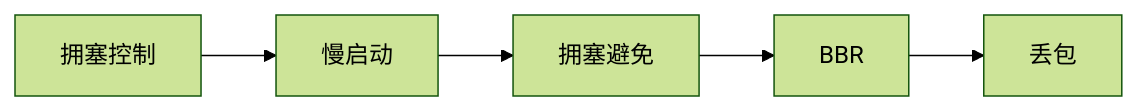
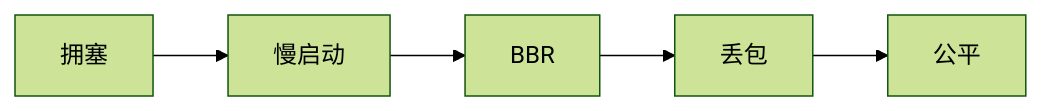
One commit to tghrxxxyyy/knowledge-base changed the diagram in 基础知识/网络与协议/TCP 拥塞控制演进.md. Above: the diagram before and after it, drawn with Mermaid (forest theme). The commit also changed other lines of this file and 385 other files, not shown here.

````diff
--- a/基础知识/网络与协议/TCP 拥塞控制演进.md
+++ b/基础知识/网络与协议/TCP 拥塞控制演进.md
@@ -19,9 +19,9 @@
 ```mermaid
 flowchart LR
-    A[拥塞控制]
+    A[拥塞]
     B[慢启动]
-    C[拥塞避免]
-    D[BBR]
-    E[丢包]
+    C[BBR]
+    D[丢包]
+    E[公平]
     A --> B --> C --> D --> E
 ```
````
